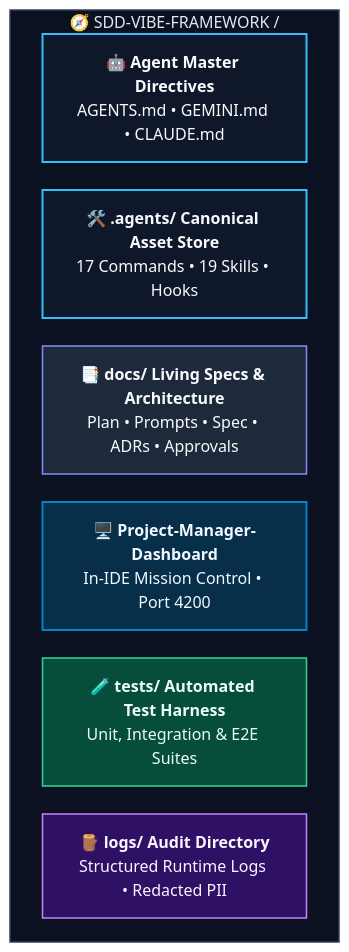
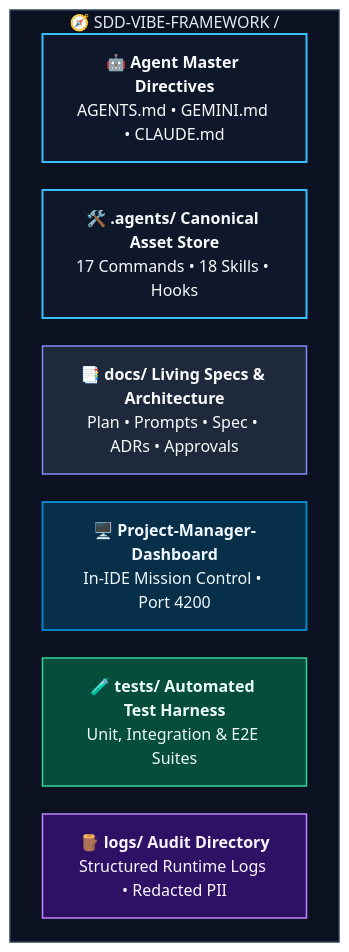
Before and after one commit to ChandanAY-24/Agentic-Development-ChandanAY: the third of 3 diagrams in SDD-Vibe-Framework/README.md, drawn with Mermaid. The commit also changed other lines of this file and 13 other files, not shown here.

````diff
--- a/SDD-Vibe-Framework/README.md
+++ b/SDD-Vibe-Framework/README.md
@@ -221,27 +221,27 @@
 ```mermaid
 %%{init: {'flowchart': {'curve': 'basis', 'padding': 16, 'nodeSpacing': 28, 'rankSpacing': 40}}}%%
 flowchart LR
     classDef agent fill:#0f172a,stroke:#38bdf8,stroke-width:2px,color:#f8fafc;
     classDef doc fill:#1e293b,stroke:#818cf8,stroke-width:1.5px,color:#f8fafc;
     classDef dash fill:#082f49,stroke:#0284c7,stroke-width:2px,color:#f0f9ff;
     classDef test fill:#064e3b,stroke:#34d399,stroke-width:1.5px,color:#ecfdf5;
     classDef log fill:#2e1065,stroke:#c084fc,stroke-width:1.5px,color:#faf5ff;
 
     subgraph RepoRoot ["🧭 SDD-VIBE-FRAMEWORK /"]
         direction LR
         AGENTS["`**🤖 Agent Master Directives**
 AGENTS.md • GEMINI.md • CLAUDE.md`"]:::agent
         AgentsDir["`**🛠️ .agents/ Canonical Asset Store**
-17 Commands • 19 Skills • Hooks`"]:::agent
+17 Commands • 18 Skills • Hooks`"]:::agent
         DocsDir["`**📑 docs/ Living Specs & Architecture**
 Plan • Prompts • Spec • ADRs • Approvals`"]:::doc
         DashboardDir["`**🖥️ Project-Manager-Dashboard**
 In-IDE Mission Control • Port 4200`"]:::dash
         TestsDir["`**🧪 tests/ Automated Test Harness**
 Unit, Integration & E2E Suites`"]:::test
         LogsDir["`**🪵 logs/ Audit Directory**
 Structured Runtime Logs • Redacted PII`"]:::log
     end
 
     style RepoRoot fill:#0b1120,stroke:#334155,stroke-width:1.5px,color:#e2e8f0
 ```
````
